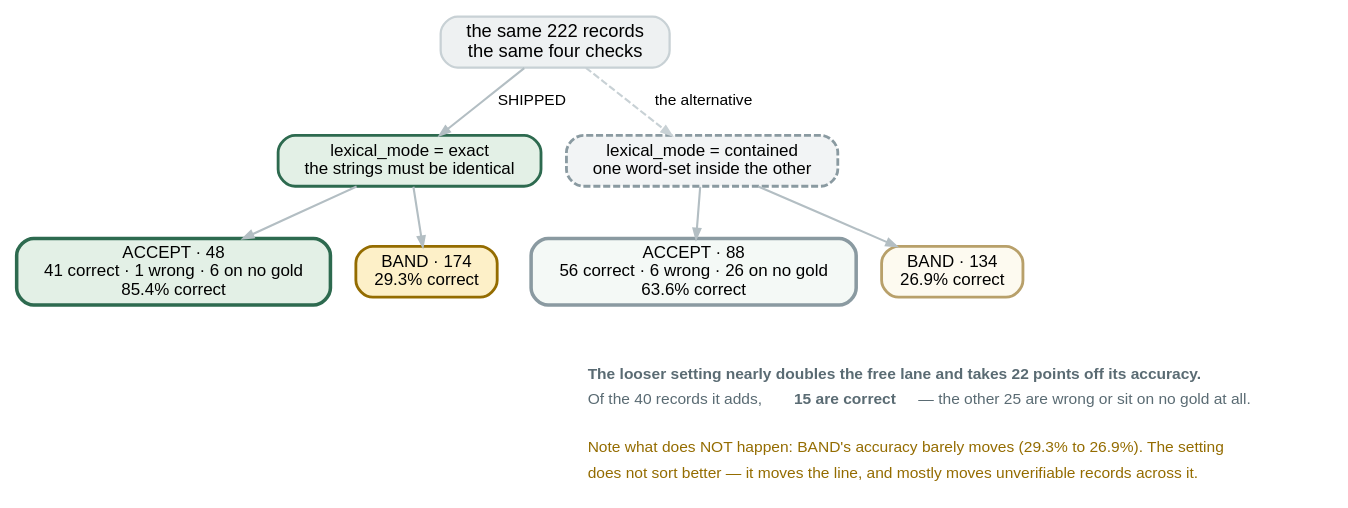
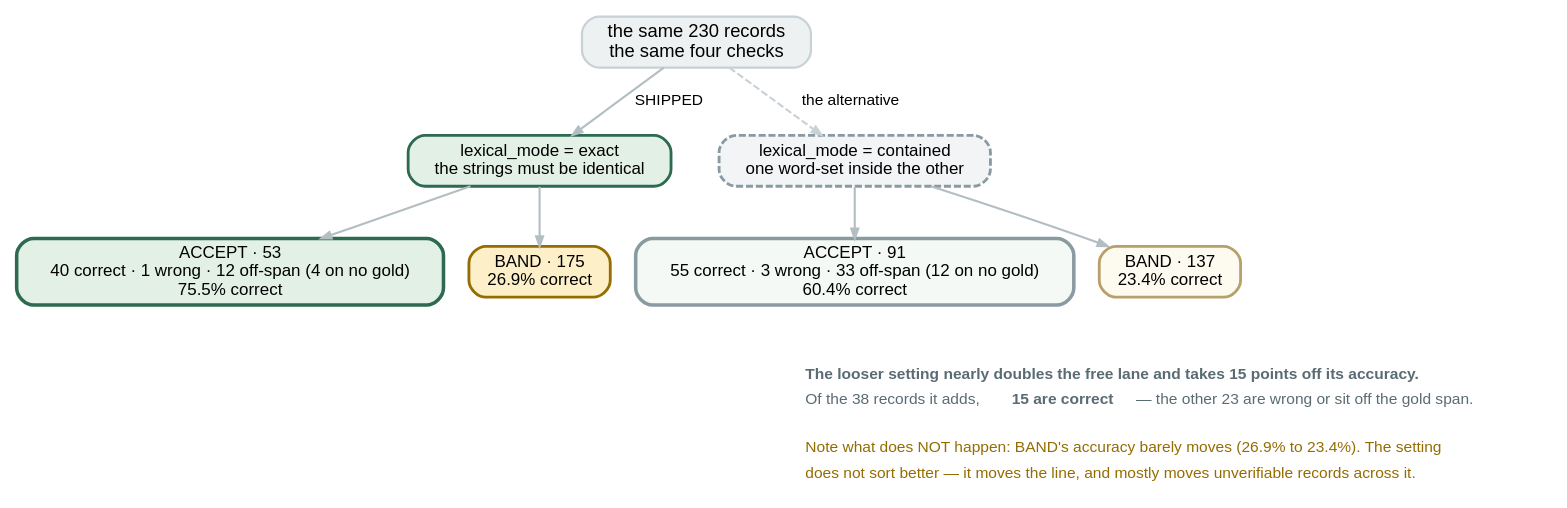
Before and after one commit to wbagais/reliability-ladder: the diagram in docs/figures/fig11-lexmode.dot, drawn with Graphviz. The commit also changed 19 other files, not shown here.

Commit message:
Article: every number and every figure re-derived from the base run; remaining historical figures labelled with their source

```diff
--- a/docs/figures/fig11-lexmode.dot
+++ b/docs/figures/fig11-lexmode.dot
@@ -1,46 +1,45 @@
-// The same 222 records, sorted by the same rung 1, under the two settings of
-// lexical_mode. Recomputed 2026-09-02 by replaying r1.zone over
-// out/arm-sapbase-d0.records.jsonl with each mode; correctness from
-// ladder.score.outcome with the local RF2 registry.
+// The same 230 records, sorted by the same rung 1, under the two settings of
+// lexical_mode: rerun-cadec-d0 and its lexarm replay on the same cache
+// (2026-09-03), rung 1 state rows, correctness span-exact.
 //
 // This is the eleven points, in records rather than percentages: contained adds
-// 40 to the ACCEPT lane, 15 of which are correct.
+// 38 to the ACCEPT lane, 15 of which are correct.
 //
 // COLOUR KEY — the article's zone colours:
 //   green #2d6a4f ACCEPT   amber #946c00 BAND   grey a stage
 digraph lexmode {
   rankdir=TB; bgcolor="white";
   node [shape=box style="filled,rounded" fontname="Helvetica" fontsize=12
         color="#c8d1d5" penwidth=1.2];
   edge [color="#b3bec3" penwidth=1.5 arrowsize=0.7 fontname="Helvetica" fontsize=11];
 
-  in [label="the same 222 records\nthe same four checks" fillcolor="#eef1f2" fontsize=13 penwidth=1.6];
+  in [label="the same 230 records\nthe same four checks" fillcolor="#eef1f2" fontsize=13 penwidth=1.6];
 
   ex [label="lexical_mode = exact\nthe strings must be identical" fillcolor="#e3f0e6" color="#2d6a4f" penwidth=2];
   co [label="lexical_mode = contained\none word-set inside the other" fillcolor="#f2f4f5" color="#8a9aa1" penwidth=2 style="filled,rounded,dashed"];
 
-  exa [label="ACCEPT · 48\n41 correct · 1 wrong · 6 on no gold\n85.4% correct"
+  exa [label="ACCEPT · 53\n40 correct · 1 wrong · 12 off-span (4 on no gold)\n75.5% correct"
        fillcolor="#e3f0e6" color="#2d6a4f" penwidth=2.5];
-  exb [label="BAND · 174\n29.3% correct" fillcolor="#fdf0c8" color="#946c00" penwidth=2];
+  exb [label="BAND · 175\n26.9% correct" fillcolor="#fdf0c8" color="#946c00" penwidth=2];
 
-  coa [label="ACCEPT · 88\n56 correct · 6 wrong · 26 on no gold\n63.6% correct"
+  coa [label="ACCEPT · 91\n55 correct · 3 wrong · 33 off-span (12 on no gold)\n60.4% correct"
        fillcolor="#f4f9f6" color="#8a9aa1" penwidth=2.5];
-  cob [label="BAND · 134\n26.9% correct" fillcolor="#fdfaf0" color="#b8a06a" penwidth=2];
+  cob [label="BAND · 137\n23.4% correct" fillcolor="#fdfaf0" color="#b8a06a" penwidth=2];
 
   in -> ex [label="  SHIPPED  "]; in -> co [label="  the alternative  " style=dashed color="#c8d1d5"];
   ex -> exa; ex -> exb;
   co -> coa; co -> cob;
 
   { rank=same; ex; co }
   { rank=same; exa; exb; coa; cob }
 
   note [shape=plaintext style="" fillcolor="white"
         label=<<TABLE BORDER="0" CELLBORDER="0" CELLSPACING="0" CELLPADDING="3">
-        <TR><TD ALIGN="LEFT"><FONT POINT-SIZE="11" COLOR="#5a6b73"><B>The looser setting nearly doubles the free lane and takes 22 points off its accuracy.</B></FONT></TD></TR>
-        <TR><TD ALIGN="LEFT"><FONT POINT-SIZE="11" COLOR="#5a6b73">Of the 40 records it adds, <B>15 are correct</B> — the other 25 are wrong or sit on no gold at all.</FONT></TD></TR>
+        <TR><TD ALIGN="LEFT"><FONT POINT-SIZE="11" COLOR="#5a6b73"><B>The looser setting nearly doubles the free lane and takes 15 points off its accuracy.</B></FONT></TD></TR>
+        <TR><TD ALIGN="LEFT"><FONT POINT-SIZE="11" COLOR="#5a6b73">Of the 38 records it adds, <B>15 are correct</B> — the other 23 are wrong or sit off the gold span.</FONT></TD></TR>
         <TR><TD ALIGN="LEFT"><FONT POINT-SIZE="8"> </FONT></TD></TR>
-        <TR><TD ALIGN="LEFT"><FONT POINT-SIZE="11" COLOR="#946c00">Note what does NOT happen: BAND's accuracy barely moves (29.3% to 26.9%). The setting</FONT></TD></TR>
+        <TR><TD ALIGN="LEFT"><FONT POINT-SIZE="11" COLOR="#946c00">Note what does NOT happen: BAND's accuracy barely moves (26.9% to 23.4%). The setting</FONT></TD></TR>
         <TR><TD ALIGN="LEFT"><FONT POINT-SIZE="11" COLOR="#946c00">does not sort better — it moves the line, and mostly moves unverifiable records across it.</FONT></TD></TR>
         </TABLE>>];
   cob -> note [style=invis];
 }
```
